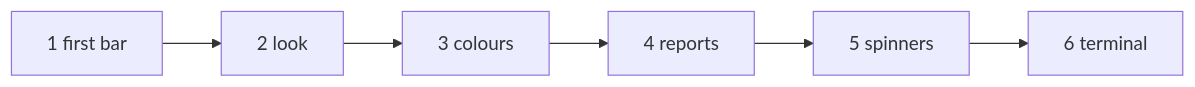
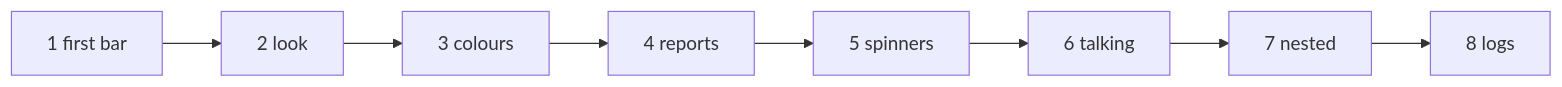
Before and after one commit to szaghi/forbear: the diagram in docs/manual/index.md, drawn with Mermaid. The commit also changed other lines of this file and 101 other files, not shown here.

````diff
--- a/docs/manual/index.md
+++ b/docs/manual/index.md
@@ -24,4 +27,5 @@
 ```mermaid
 flowchart LR
-  c1[1 first bar] --> c2[2 look] --> c3[3 colours] --> c4[4 reports] --> c5[5 spinners] --> c6[6 terminal]
+  c1[1 first bar] --> c2[2 look] --> c3[3 colours] --> c4[4 reports] --> c5[5 spinners]
+  c5 --> c6[6 talking] --> c7[7 nested] --> c8[8 logs]
 ```
````
